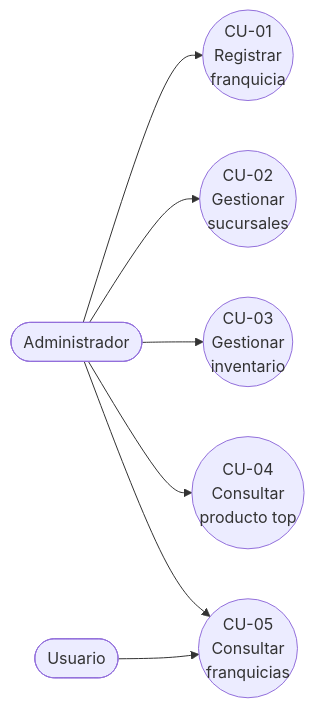
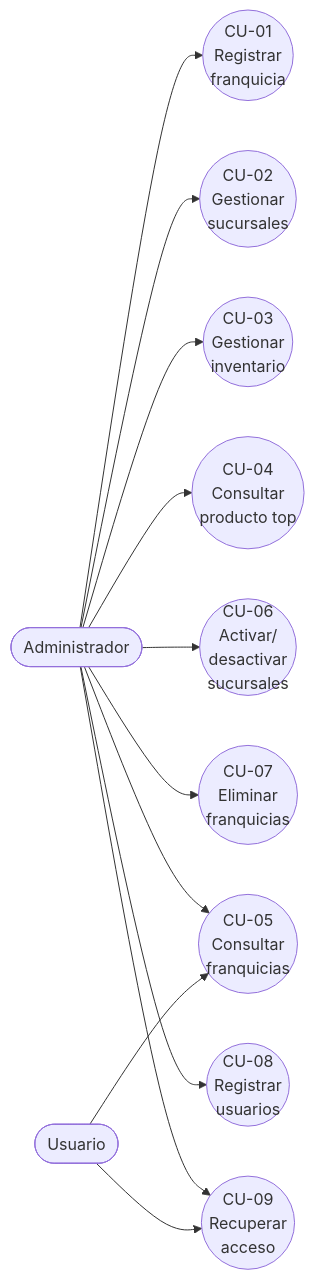
Before and after one commit to carcolon/FRANCHISE-API-MANAGEMENT: the first of 6 diagrams in docs/entrega2.md, drawn with Mermaid. The commit also changed other lines of this file and 48 other files, not shown here.

````diff
--- a/docs/entrega2.md
+++ b/docs/entrega2.md
@@ -88,26 +105,44 @@
 ```mermaid
 flowchart LR
     actorAdmin([Administrador])
     actorUser([Usuario])
     uc1((CU-01
 Registrar
 franquicia))
     uc2((CU-02
 Gestionar
 sucursales))
     uc3((CU-03
 Gestionar
 inventario))
     uc4((CU-04
 Consultar
 producto top))
     uc5((CU-05
 Consultar
 franquicias))
+    uc6((CU-06
+Activar/
+desactivar
+sucursales))
+    uc7((CU-07
+Eliminar
+franquicias))
+    uc8((CU-08
+Registrar
+usuarios))
+    uc9((CU-09
+Recuperar
+acceso))
     actorAdmin --> uc1
     actorAdmin --> uc2
     actorAdmin --> uc3
     actorAdmin --> uc4
     actorUser --> uc5
     actorAdmin --> uc5
+    actorAdmin --> uc6
+    actorAdmin --> uc7
+    actorAdmin --> uc8
+    actorUser --> uc9
+    actorAdmin --> uc9
 ```
````
